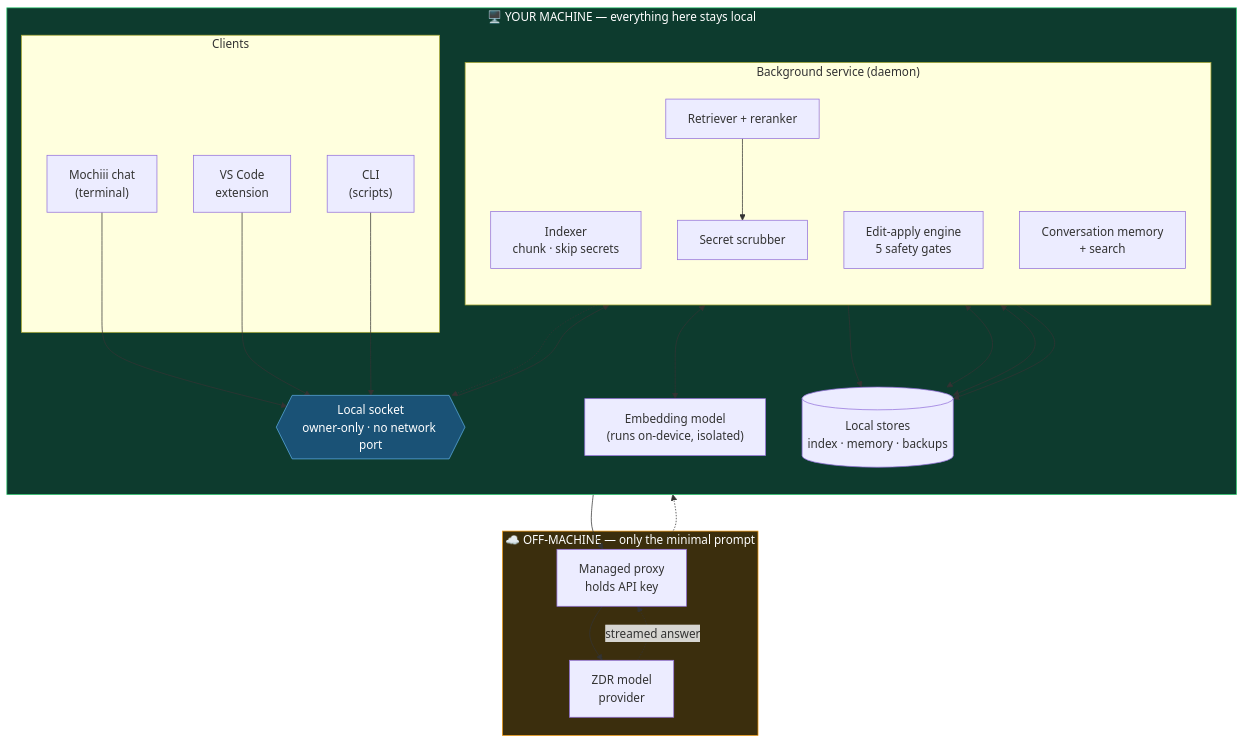
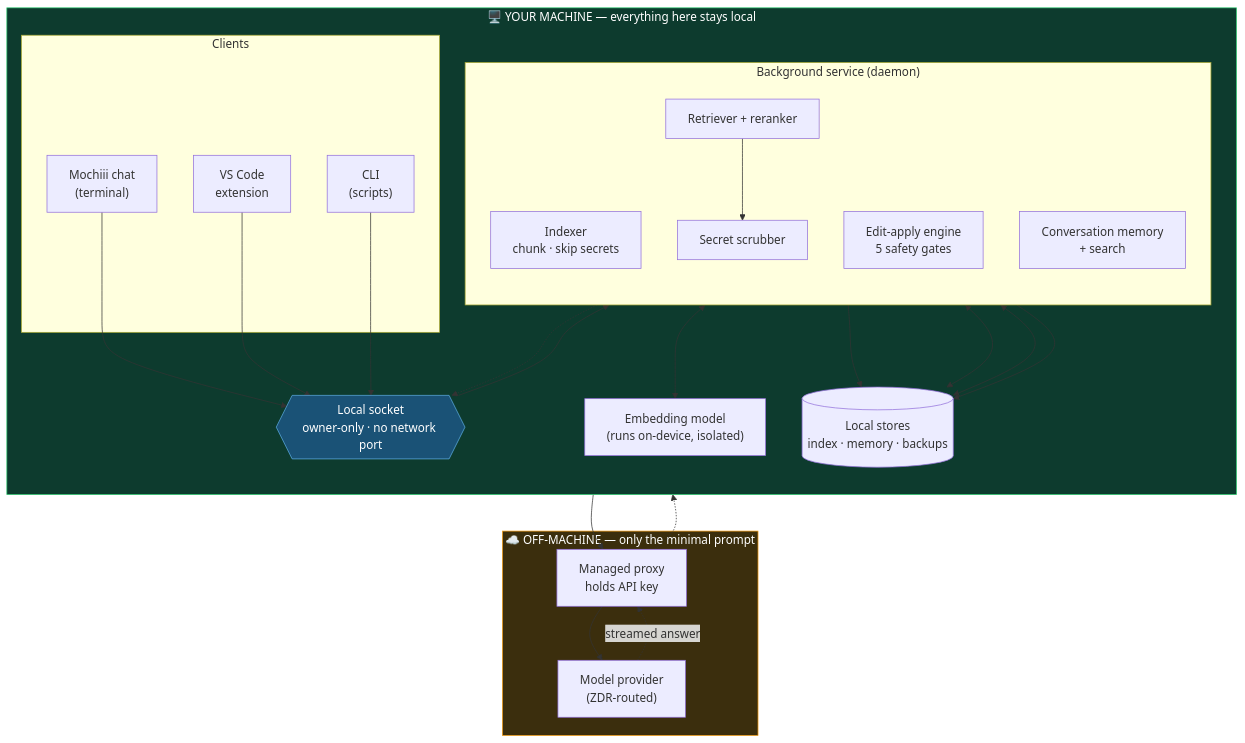
One commit to Rav-2007/codeterminal-core changed the second of 6 diagrams in PRODUCT_OVERVIEW.md. Above: the diagram before and after it, drawn with Mermaid. The commit also changed other lines of this file and 1 other file, not shown here.

First line of the commit message:
docs: reframe ZDR claims as requested-not-enforced while F1 is open

````diff
--- a/PRODUCT_OVERVIEW.md
+++ b/PRODUCT_OVERVIEW.md
@@ -155,43 +158,43 @@
 ```mermaid
 flowchart TB
     subgraph YOU["🖥️  YOUR MACHINE — everything here stays local"]
         direction TB
         subgraph CLIENTS["Clients"]
             TUI["Mochiii chat<br/>(terminal)"]
             VS["VS Code<br/>extension"]
             CLI["CLI<br/>(scripts)"]
         end
 
         SOCK{{"Local socket<br/>owner-only · no network port"}}
 
         subgraph DAEMON["Background service (daemon)"]
             direction TB
             IDX["Indexer<br/>chunk · skip secrets"]
             RET["Retriever + reranker"]
             APPLY["Edit-apply engine<br/>5 safety gates"]
             MEM["Conversation memory<br/>+ search"]
             SCRUB["Secret scrubber"]
         end
 
         EMB["Embedding model<br/>(runs on-device, isolated)"]
         STORE[("Local stores<br/>index · memory · backups")]
     end
 
     subgraph CLOUD["☁️  OFF-MACHINE — only the minimal prompt"]
         PROXY["Managed proxy<br/>holds API key"]
-        PROV["ZDR model<br/>provider"]
+        PROV["Model provider<br/>(ZDR-routed)"]
     end
 
     TUI & VS & CLI --> SOCK --> DAEMON
     IDX <--> EMB
     IDX --> STORE
     RET <--> STORE
     MEM <--> STORE
     APPLY --> STORE
     RET --> SCRUB --> PROXY --> PROV
     PROV -. "streamed answer" .-> PROXY -.-> DAEMON -.-> SOCK
 
     style YOU fill:#0d3b2e,stroke:#2ecc71,color:#fff
     style CLOUD fill:#3b2e0d,stroke:#f39c12,color:#fff
     style SOCK fill:#1a5276,stroke:#5dade2,color:#fff
 ```
````
